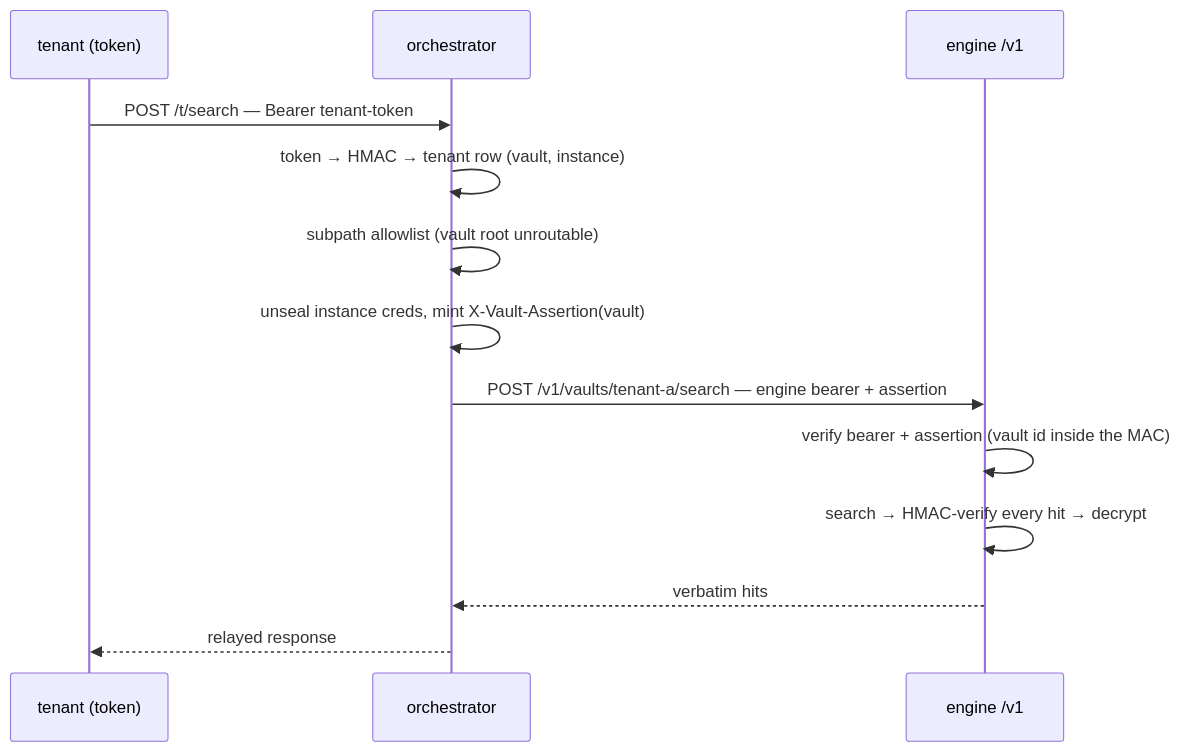
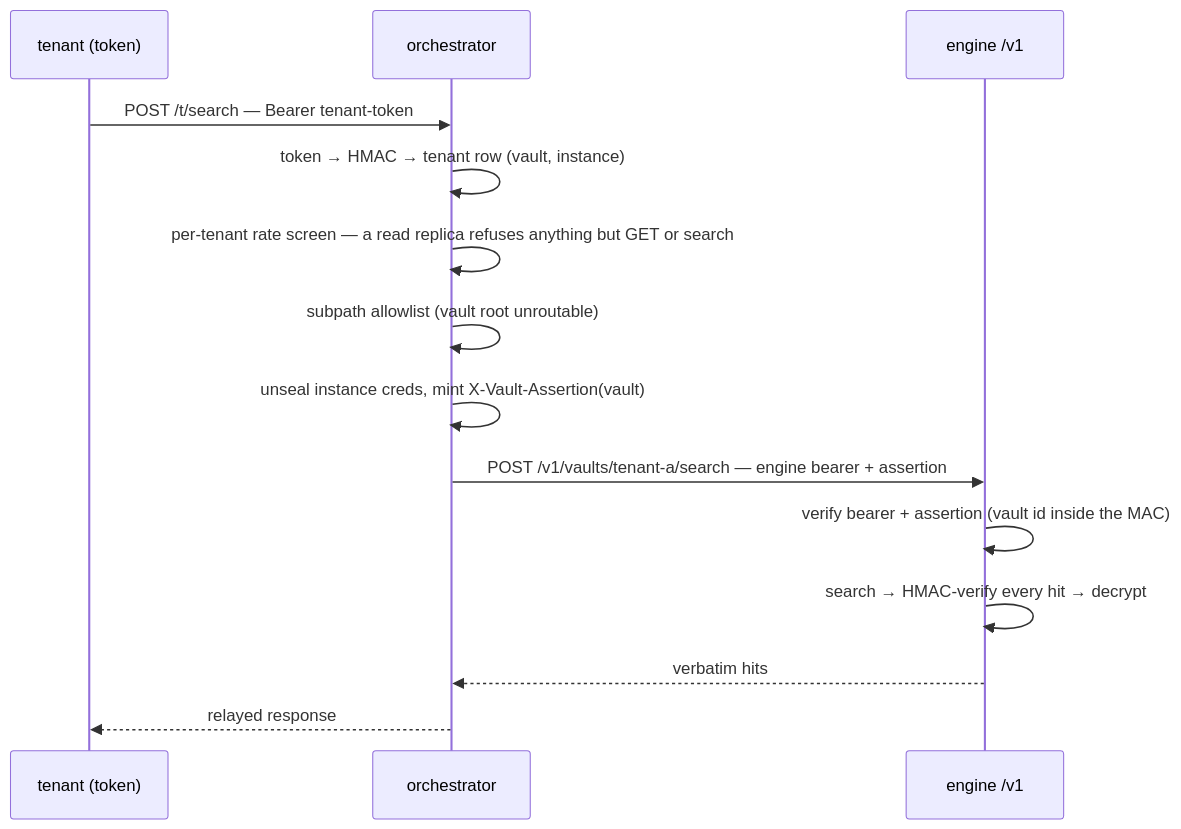
One commit to sealcroft/undercroft changed the second of 3 diagrams in docs/MULTI_TENANCY.md. Above: the diagram before and after it, drawn with Mermaid. The commit also changed other lines of this file and 78 other files, not shown here.

First line of the commit message:
the three diagram sets described a different engine — audited against the code, corrected, and ten views added

````diff
--- a/docs/MULTI_TENANCY.md
+++ b/docs/MULTI_TENANCY.md
@@ -377,15 +377,16 @@
 ```mermaid
 sequenceDiagram
     participant T as tenant (token)
     participant O as orchestrator
     participant E as engine /v1
     T->>O: POST /t/search — Bearer tenant-token
     O->>O: token → HMAC → tenant row (vault, instance)
+    O->>O: per-tenant rate screen — a read replica refuses anything but GET or search
     O->>O: subpath allowlist (vault root unroutable)
     O->>O: unseal instance creds, mint X-Vault-Assertion(vault)
     O->>E: POST /v1/vaults/tenant-a/search — engine bearer + assertion
     E->>E: verify bearer + assertion (vault id inside the MAC)
     E->>E: search → HMAC-verify every hit → decrypt
     E-->>O: verbatim hits
     O-->>T: relayed response
 ```
````
